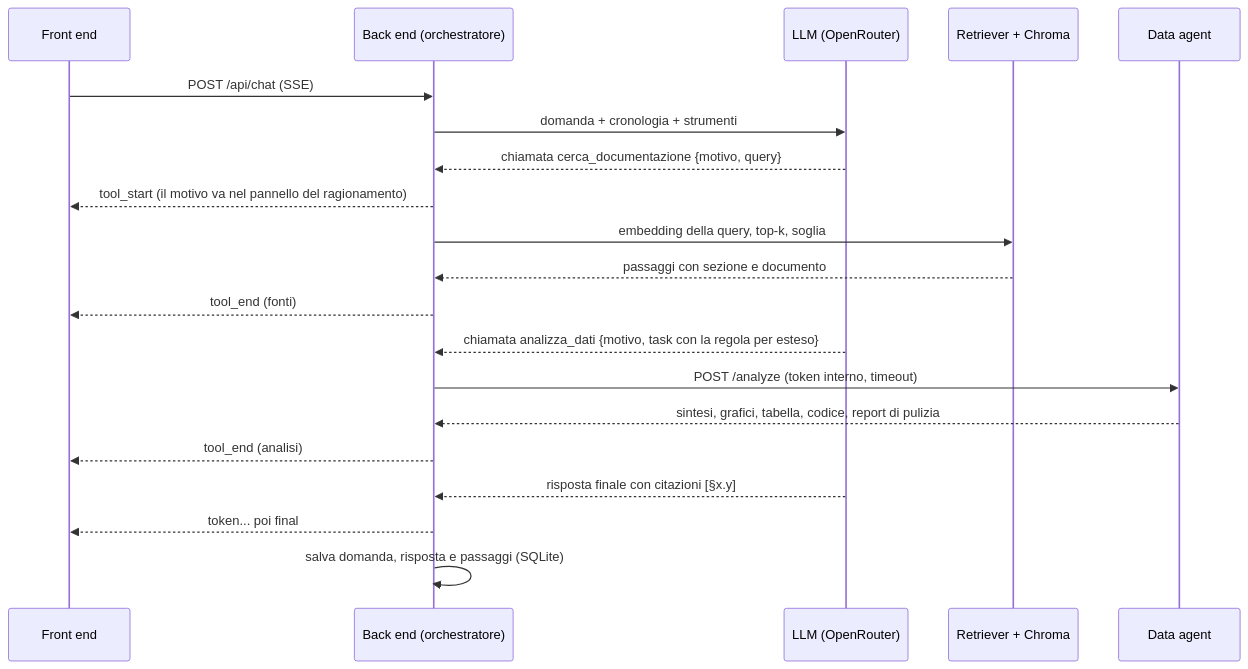
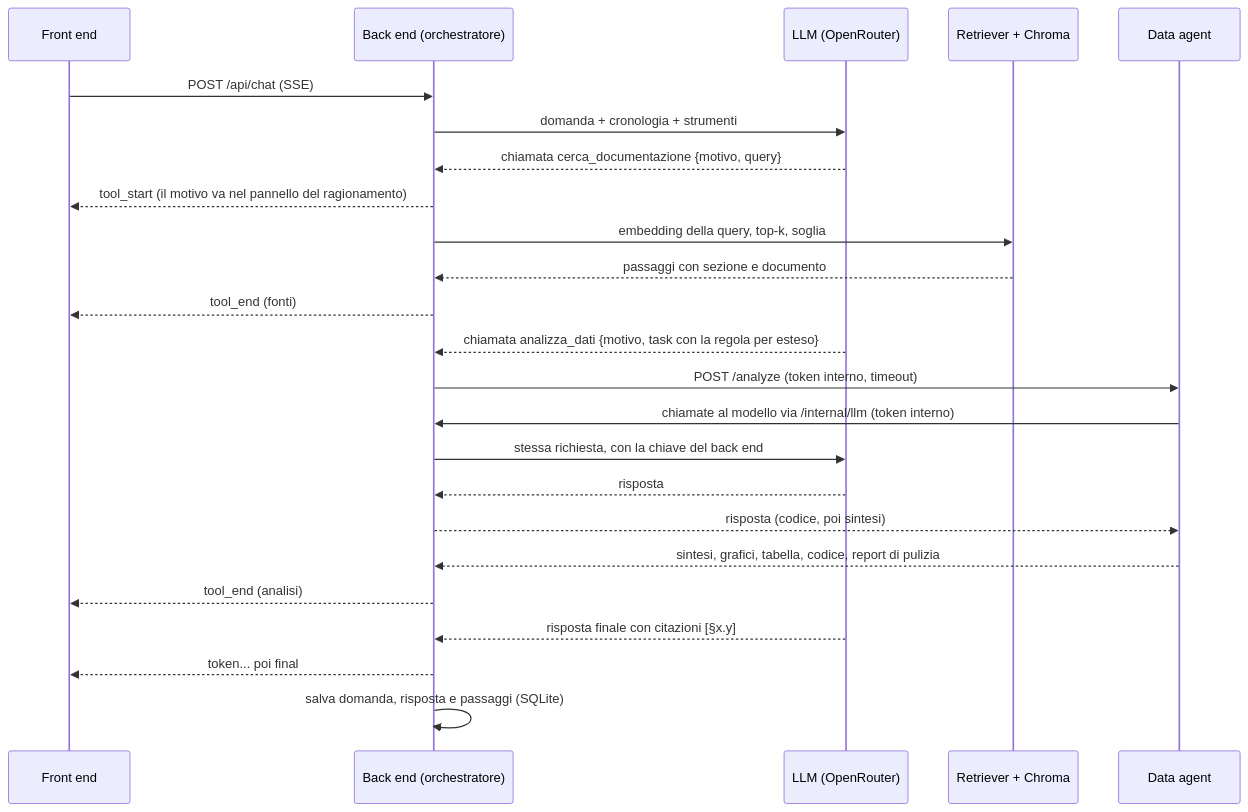
The first of 2 diagrams in docs/architettura.md (giuvul/wayfare-media-agents), drawn with Mermaid before and after one commit. The commit also changed other lines of this file and 20 other files, not shown here.

First line of the commit message:
Proxy LLM nel back end: il data agent senza chiave né internet; documentazione di scenario e sicurezza

````diff
--- a/docs/architettura.md
+++ b/docs/architettura.md
@@ -21,22 +69,26 @@
 ```mermaid
 sequenceDiagram
   participant U as Front end
   participant B as Back end (orchestratore)
   participant L as LLM (OpenRouter)
   participant R as Retriever + Chroma
   participant D as Data agent
   U->>B: POST /api/chat (SSE)
   B->>L: domanda + cronologia + strumenti
   L-->>B: chiamata cerca_documentazione {motivo, query}
   B-->>U: tool_start (il motivo va nel pannello del ragionamento)
   B->>R: embedding della query, top-k, soglia
   R-->>B: passaggi con sezione e documento
   B-->>U: tool_end (fonti)
   L-->>B: chiamata analizza_dati {motivo, task con la regola per esteso}
   B->>D: POST /analyze (token interno, timeout)
+  D->>B: chiamate al modello via /internal/llm (token interno)
+  B->>L: stessa richiesta, con la chiave del back end
+  L-->>B: risposta
+  B-->>D: risposta (codice, poi sintesi)
   D-->>B: sintesi, grafici, tabella, codice, report di pulizia
   B-->>U: tool_end (analisi)
   L-->>B: risposta finale con citazioni [§x.y]
   B-->>U: token... poi final
   B->>B: salva domanda, risposta e passaggi (SQLite)
 ```
````
